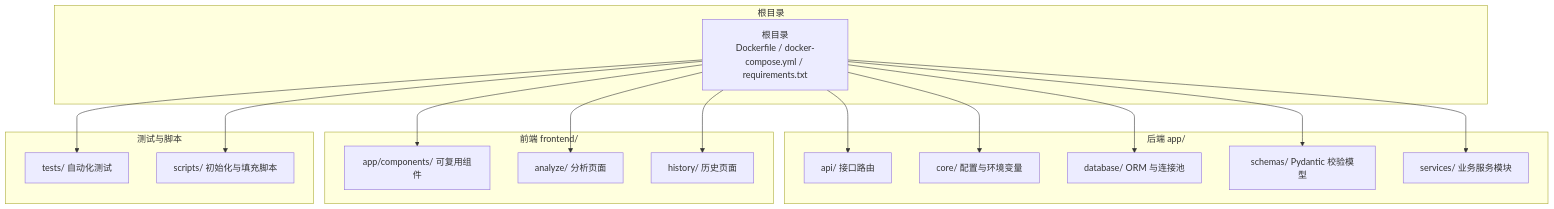
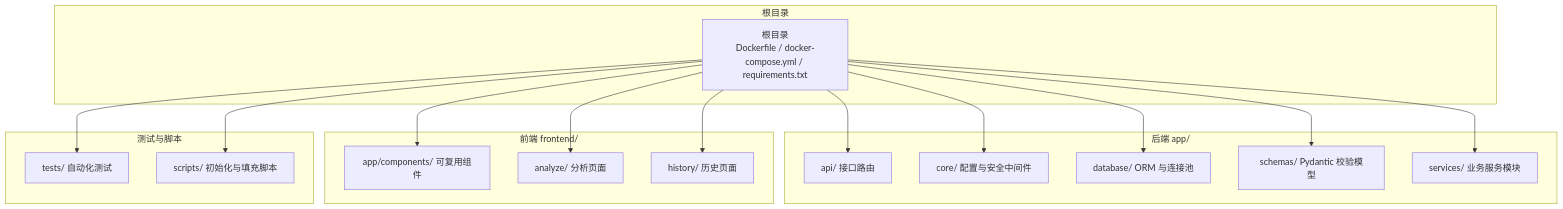
Before and after one commit to raymodny-ai/The-Modern-Turtle-Protocol: the first of 10 diagrams in .qoder/repowiki/zh/content/开发指南.md, drawn with Mermaid. The commit also changed other lines of this file and 15 other files, not shown here.

````diff
--- a/.qoder/repowiki/zh/content/开发指南.md
+++ b/.qoder/repowiki/zh/content/开发指南.md
@@ -63,32 +69,32 @@
 ```mermaid
 graph TB
 subgraph "根目录"
 Root["根目录<br/>Dockerfile / docker-compose.yml / requirements.txt"]
 end
 subgraph "后端 app/"
 API["api/ 接口路由"]
-CORE["core/ 配置与环境变量"]
+CORE["core/ 配置与安全中间件"]
 DB["database/ ORM 与连接池"]
 SCHEMAS["schemas/ Pydantic 校验模型"]
 SERVICES["services/ 业务服务模块"]
 end
 subgraph "前端 frontend/"
 FE_COMPONENTS["app/components/ 可复用组件"]
 FE_ANALYZE["analyze/ 分析页面"]
 FE_HISTORY["history/ 历史页面"]
 end
 subgraph "测试与脚本"
 TESTS["tests/ 自动化测试"]
 SCRIPTS["scripts/ 初始化与填充脚本"]
 end
 Root --> API
 Root --> CORE
 Root --> DB
 Root --> SCHEMAS
 Root --> SERVICES
 Root --> FE_COMPONENTS
 Root --> FE_ANALYZE
 Root --> FE_HISTORY
 Root --> TESTS
 Root --> SCRIPTS
 ```
````
